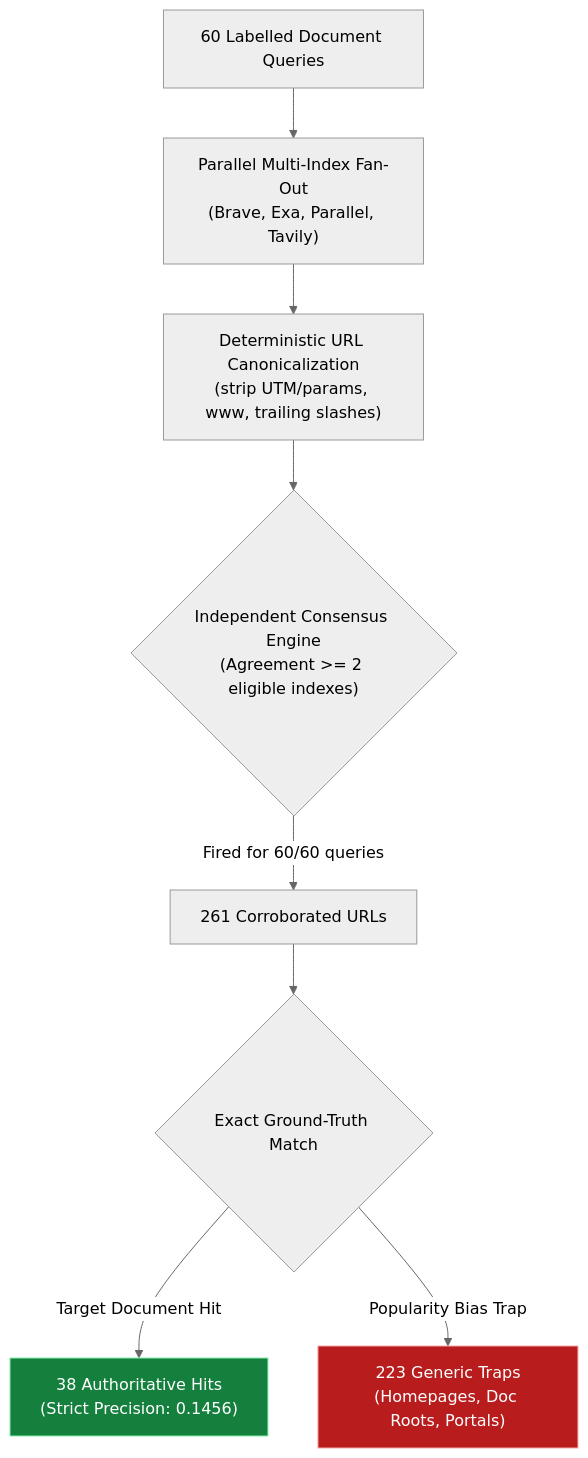
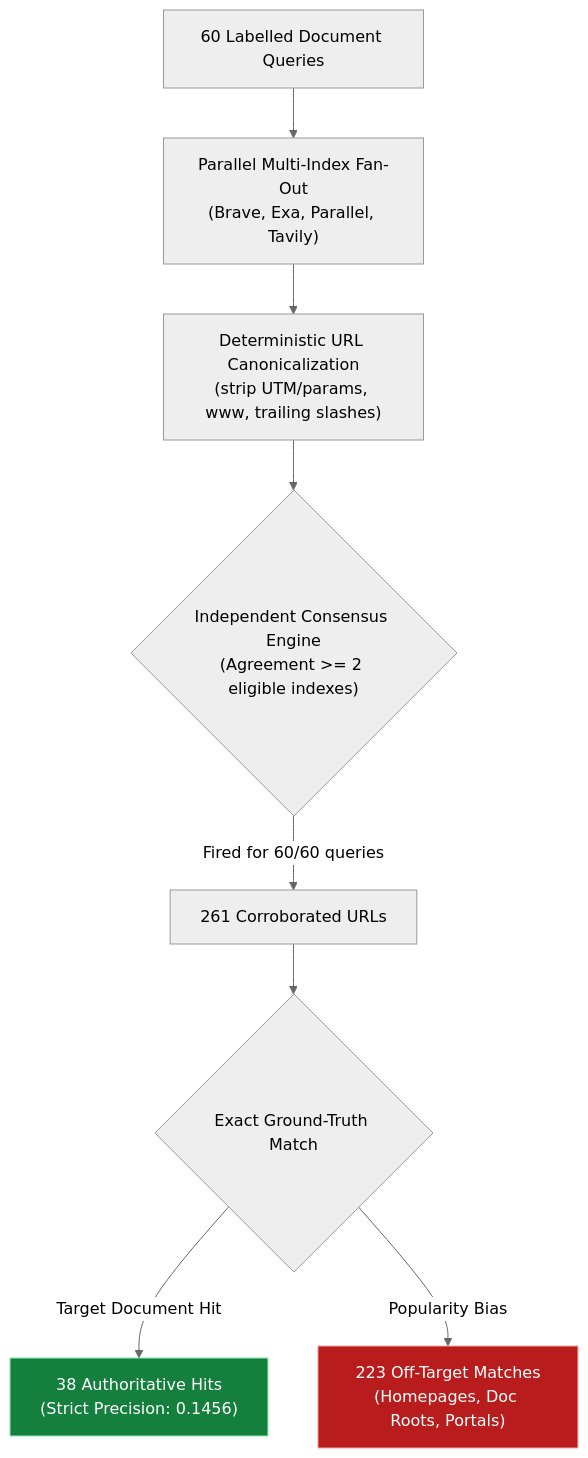
The diagram in README.md (TomaszGonczar/dsearch), drawn with Mermaid (neutral theme) before and after one commit. The commit also changed other lines of this file, not shown here.

````diff
--- a/README.md
+++ b/README.md
@@ -107,13 +105,13 @@
 ```mermaid
 flowchart TD
     Q["60 Labelled Document Queries"] --> F["Parallel Multi-Index Fan-Out<br/>(Brave, Exa, Parallel, Tavily)"]
     F --> C["Deterministic URL Canonicalization<br/>(strip UTM/params, www, trailing slashes)"]
     C --> A{"Independent Consensus Engine<br/>(Agreement >= 2 eligible indexes)"}
     A -->|Fired for 60/60 queries| R["261 Corroborated URLs"]
     R --> M{"Exact Ground-Truth Match"}
     M -->|Target Document Hit| P["38 Authoritative Hits<br/>(Strict Precision: 0.1456)"]
-    M -->|Popularity Bias Trap| FP["223 Generic Traps<br/>(Homepages, Doc Roots, Portals)"]
+    M -->|Popularity Bias| FP["223 Off-Target Matches<br/>(Homepages, Doc Roots, Portals)"]
 
     style P fill:#15803d,stroke:#86efac,color:#fff
     style FP fill:#b91c1c,stroke:#fca5a5,color:#fff
 ```
````
